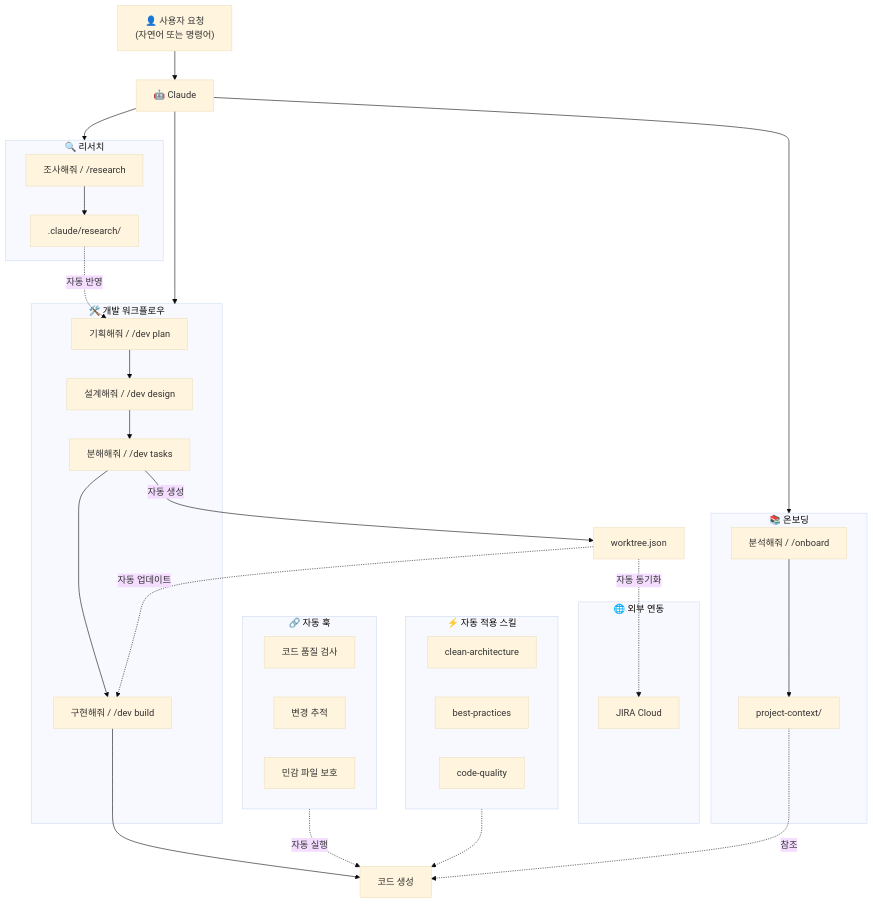
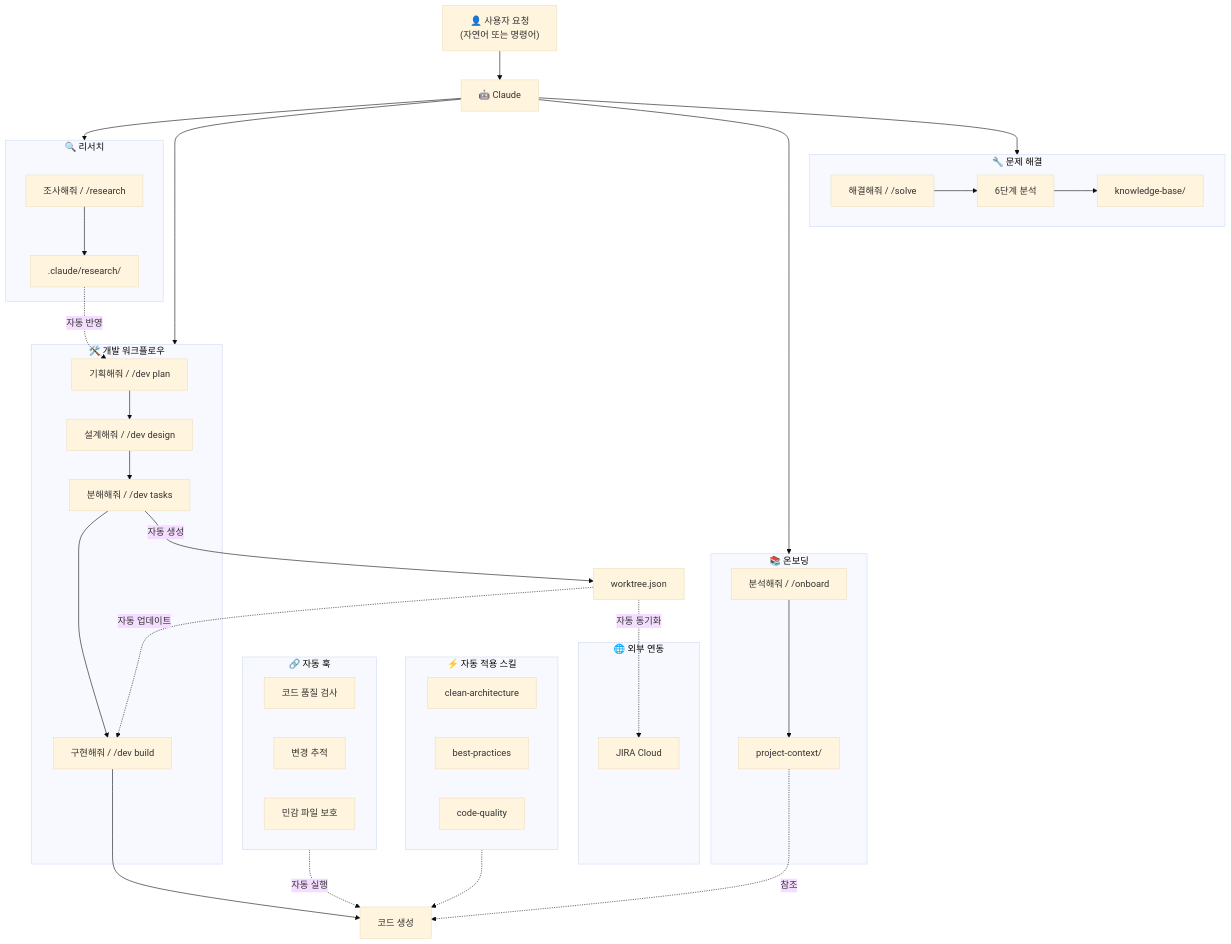
Before and after one commit to Wondermove-Inc/calab-claude-plugin: the first of 6 diagrams in README.md, drawn with Mermaid (base theme). The commit also changed other lines of this file and 29 other files, not shown here.

````diff
--- a/README.md
+++ b/README.md
@@ -131,47 +138,53 @@
 ```mermaid
 flowchart TB
     U["👤 사용자 요청<br/>(자연어 또는 명령어)"] --> C["🤖 Claude"]
 
     subgraph Research["🔍 리서치"]
         R1["조사해줘 / /research"] --> R2[".claude/research/"]
     end
 
     subgraph Dev["🛠️ 개발 워크플로우"]
         D1["기획해줘 / /dev plan"] --> D2["설계해줘 / /dev design"]
         D2 --> D3["분해해줘 / /dev tasks"]
         D3 --> D4["구현해줘 / /dev build"]
     end
 
     subgraph Onboard["📚 온보딩"]
         O1["분석해줘 / /onboard"] --> O2["project-context/"]
+    end
+
+    subgraph Solve["🔧 문제 해결"]
+        SV1["해결해줘 / /solve"] --> SV2["6단계 분석"]
+        SV2 --> SV3["knowledge-base/"]
     end
 
     subgraph Skills["⚡ 자동 적용 스킬"]
         S1["clean-architecture"]
         S2["best-practices"]
         S3["code-quality"]
     end
 
     subgraph Hooks["🔗 자동 훅"]
         H1["코드 품질 검사"]
         H2["변경 추적"]
         H3["민감 파일 보호"]
     end
 
     subgraph External["🌐 외부 연동"]
         J1["JIRA Cloud"]
     end
 
     C --> Research
     C --> Dev
     C --> Onboard
+    C --> Solve
 
     R2 -.->|자동 반영| D1
     D3 -->|자동 생성| W1["worktree.json"]
     W1 -.->|자동 업데이트| D4
     W1 -.->|자동 동기화| J1
     D4 --> Code["코드 생성"]
     Skills -.-> Code
     Hooks -.->|자동 실행| Code
     O2 -.->|참조| Code
 ```
````
